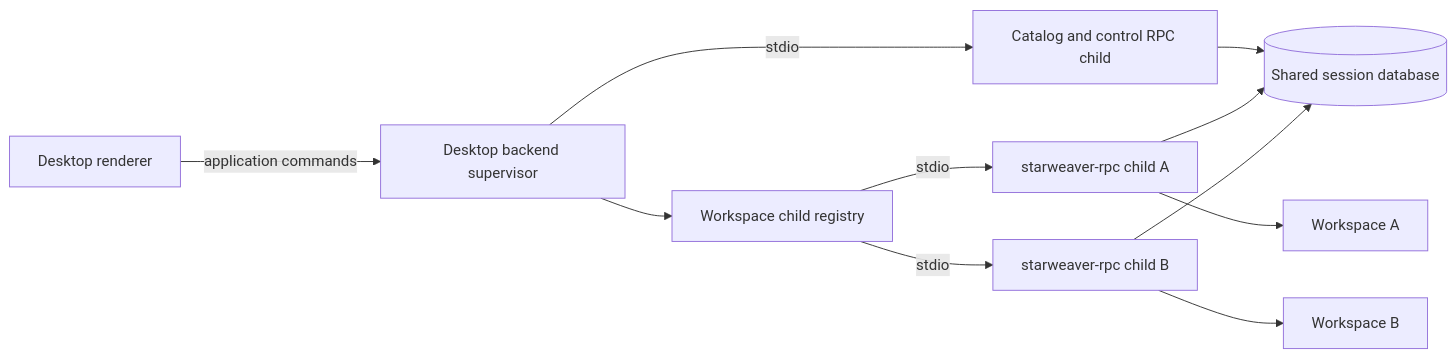
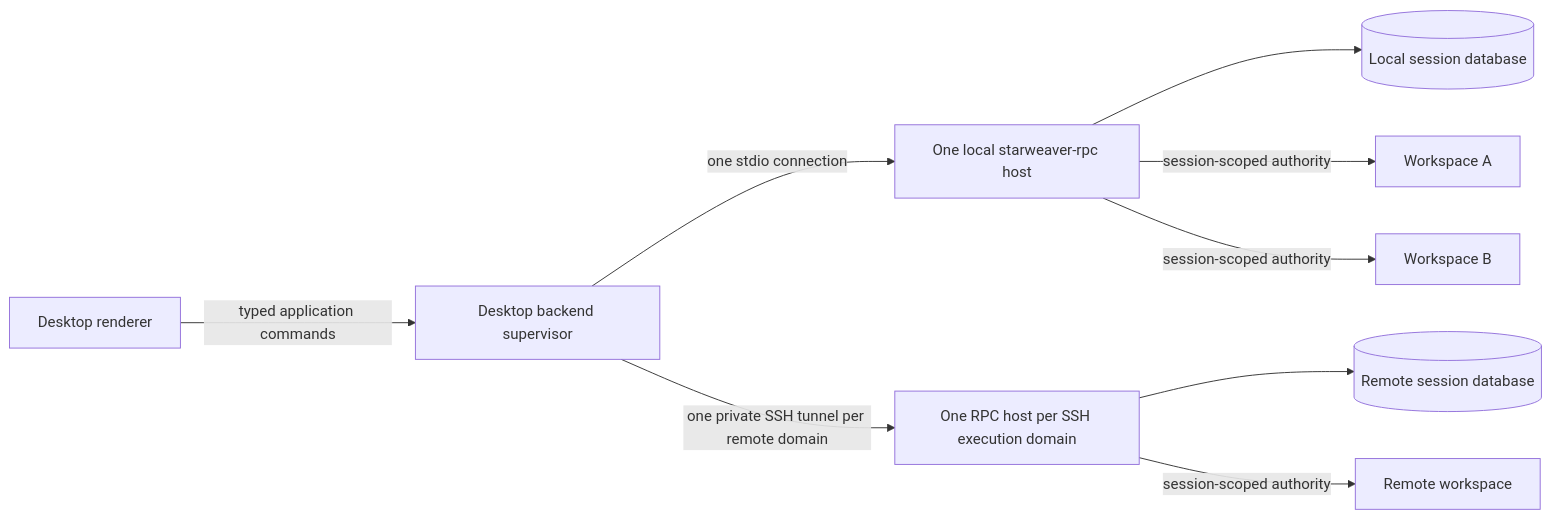
Before and after one commit to Wh1isper/starweaver: the diagram in spec/desktop/01-product-and-process-boundaries.md, drawn with Mermaid. The commit also changed other lines of this file and 98 other files, not shown here.

First line of the commit message:
feat(desktop): add domain host prerequisites (#90)

````diff
--- a/spec/desktop/01-product-and-process-boundaries.md
+++ b/spec/desktop/01-product-and-process-boundaries.md
@@ -46,23 +46,21 @@
 ```mermaid
 flowchart LR
     renderer[Desktop renderer]
     backend[Desktop backend supervisor]
-    registry[Workspace child registry]
-    catalog[Catalog and control RPC child]
-    rpc1[starweaver-rpc child A]
-    rpc2[starweaver-rpc child B]
-    db[(Shared session database)]
+    local_rpc[One local starweaver-rpc host]
+    remote_rpc[One RPC host per SSH execution domain]
+    local_db[(Local session database)]
+    remote_db[(Remote session database)]
     ws1[Workspace A]
     ws2[Workspace B]
+    ws3[Remote workspace]
 
-    renderer -->|application commands| backend
-    backend --> registry
-    backend -->|stdio| catalog
-    registry -->|stdio| rpc1
-    registry -->|stdio| rpc2
-    catalog --> db
-    rpc1 --> db
-    rpc2 --> db
-    rpc1 --> ws1
-    rpc2 --> ws2
+    renderer -->|typed application commands| backend
+    backend -->|one stdio connection| local_rpc
+    backend -->|one private SSH tunnel per remote domain| remote_rpc
+    local_rpc --> local_db
+    remote_rpc --> remote_db
+    local_rpc -->|session-scoped authority| ws1
+    local_rpc -->|session-scoped authority| ws2
+    remote_rpc -->|session-scoped authority| ws3
 ```
````
